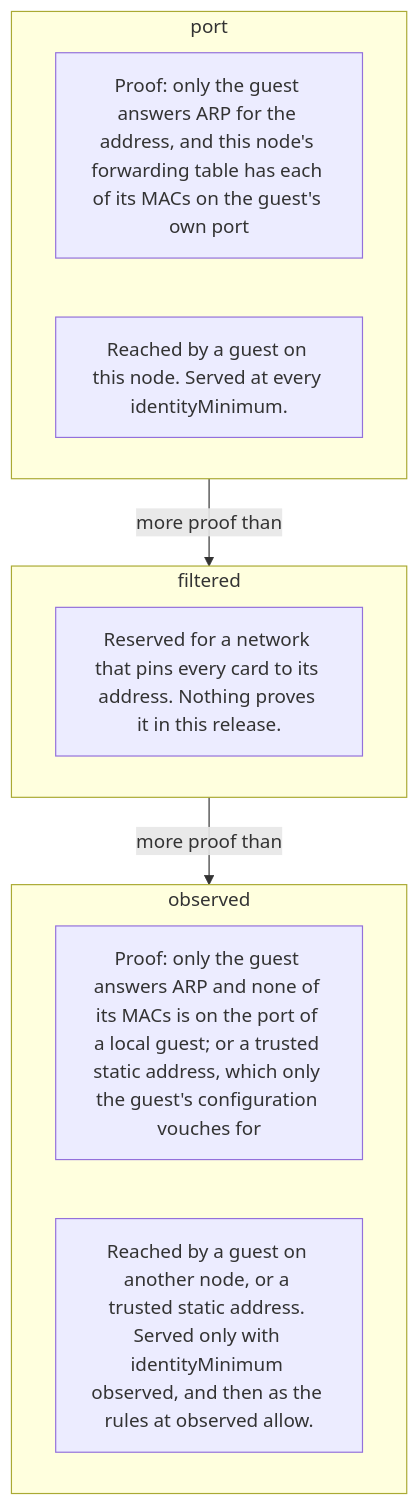
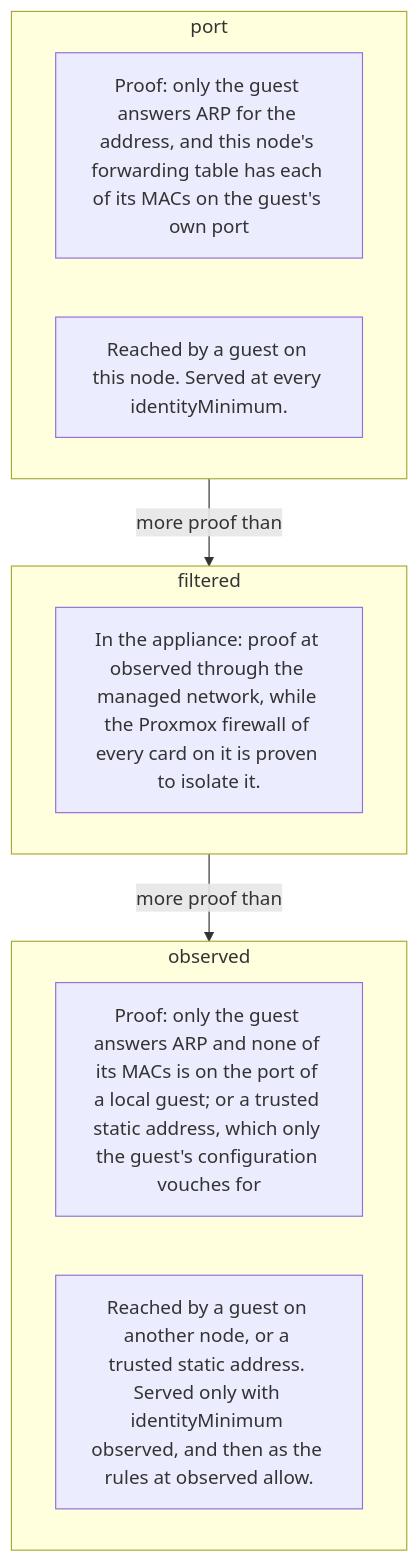
Before and after one commit to anaryk/proxmox-cloudflared-operator: the first of 3 diagrams in docs/identity.md, drawn with Mermaid. The commit also changed other lines of this file and 1 other file, not shown here.

Commit message:
docs: what the filtered level of the appliance rests on

````diff
--- a/docs/identity.md
+++ b/docs/identity.md
@@ -66,16 +66,16 @@
 ```mermaid
 flowchart TB
     subgraph port["port"]
         portProof["Proof: only the guest answers ARP for the address, and this node's forwarding table has each of its MACs on the guest's own port"]
         portServes["Reached by a guest on this node. Served at every identityMinimum."]
     end
     subgraph filtered["filtered"]
-        filteredProof["Reserved for a network that pins every card to its address. Nothing proves it in this release."]
+        filteredProof["In the appliance: proof at observed through the managed network, while the Proxmox firewall of every card on it is proven to isolate it."]
     end
     subgraph observed["observed"]
         observedProof["Proof: only the guest answers ARP and none of its MACs is on the port of a local guest; or a trusted static address, which only the guest's configuration vouches for"]
         observedServes["Reached by a guest on another node, or a trusted static address. Served only with identityMinimum observed, and then as the rules at observed allow."]
     end
     port -->|"more proof than"| filtered
     filtered -->|"more proof than"| observed
 ```
````
